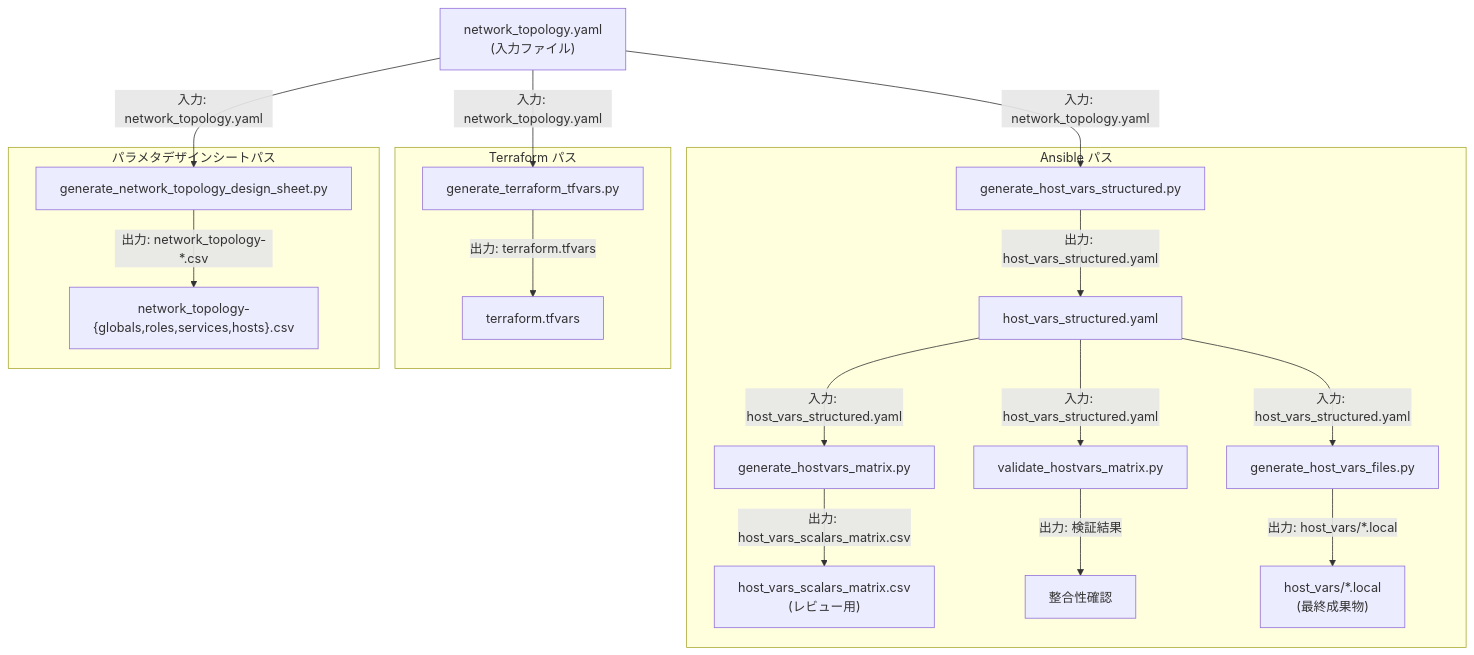
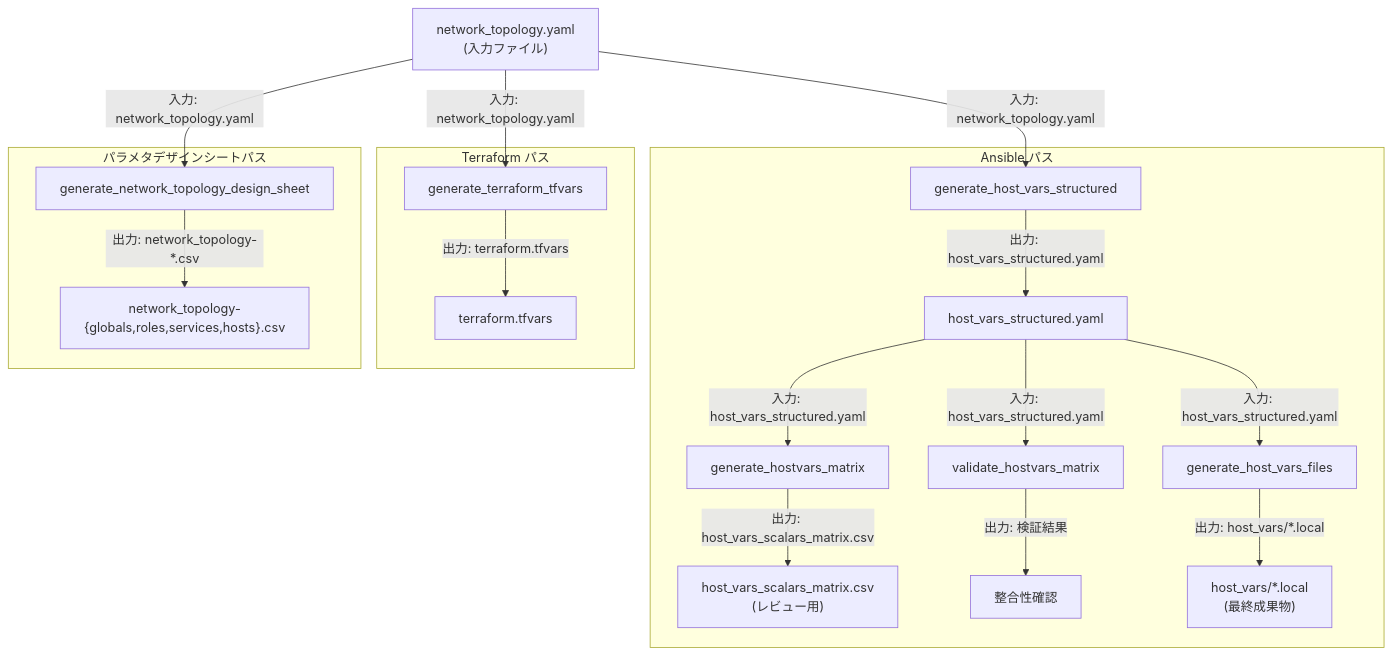
The diagram in docs/manual/toolchain-overview.md (takeharukato/ansibleConfigGenerator), drawn with Mermaid before and after one commit. The commit also changed other lines of this file and 40 other files, not shown here.

````diff
--- a/docs/manual/toolchain-overview.md
+++ b/docs/manual/toolchain-overview.md
@@ -39,39 +39,39 @@
 ```mermaid
 flowchart TD
   A["network_topology.yaml\n(入力ファイル)"]
 
   subgraph ANSIBLE["Ansible パス"]
-    B["generate_host_vars_structured.py"]
+    B["generate_host_vars_structured"]
     C["host_vars_structured.yaml"]
-    D["generate_hostvars_matrix.py"]
+    D["generate_hostvars_matrix"]
     E["host_vars_scalars_matrix.csv\n(レビュー用)"]
-    F["validate_hostvars_matrix.py"]
+    F["validate_hostvars_matrix"]
     G["整合性確認"]
-    H["generate_host_vars_files.py"]
+    H["generate_host_vars_files"]
     I["host_vars/*.local\n(最終成果物)"]
 
     B -->|出力: host_vars_structured.yaml| C
     C -->|入力: host_vars_structured.yaml| D
     D -->|出力: host_vars_scalars_matrix.csv| E
     C -->|入力: host_vars_structured.yaml| F
     F -->|出力: 検証結果| G
     C -->|入力: host_vars_structured.yaml| H
     H -->|出力: host_vars/*.local| I
   end
 
   subgraph TF["Terraform パス"]
-    T1["generate_terraform_tfvars.py"]
+    T1["generate_terraform_tfvars"]
     T2["terraform.tfvars"]
     T1 -->|出力: terraform.tfvars| T2
   end
 
   subgraph DESIGN["パラメタデザインシートパス"]
-    S1["generate_network_topology_design_sheet.py"]
+    S1["generate_network_topology_design_sheet"]
     S2["network_topology-{globals,roles,services,hosts}.csv"]
     S1 -->|出力: network_topology-*.csv| S2
   end
 
   A -->|入力: network_topology.yaml| B
   A -->|入力: network_topology.yaml| T1
   A -->|入力: network_topology.yaml| S1
 ```
````
